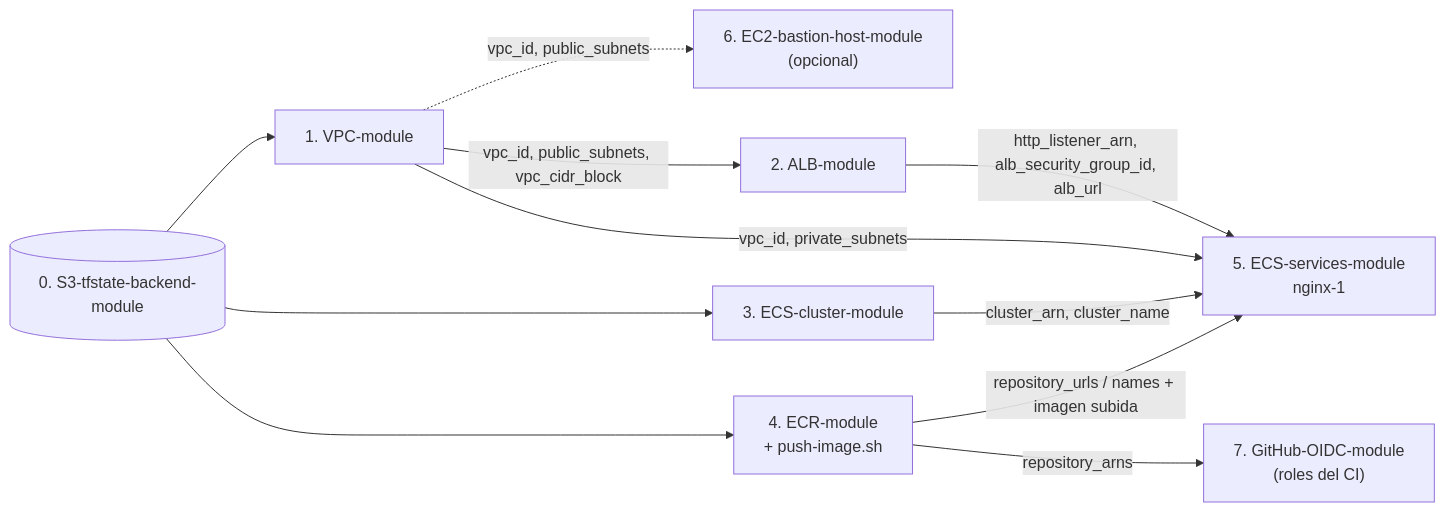
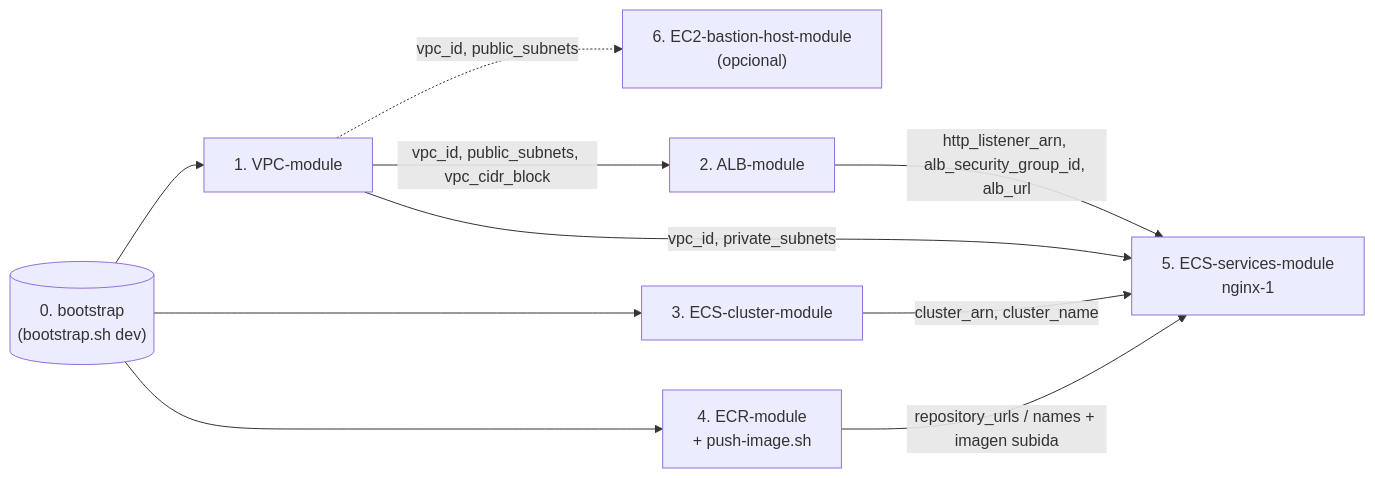
One commit to adrianjsosag/ECS-Tests changed the second of 2 diagrams in Terraform/README.md. Above: the diagram before and after it, drawn with Mermaid. The commit also changed other lines of this file and 150 other files, not shown here.

````diff
--- a/Terraform/README.md
+++ b/Terraform/README.md
@@ -129,20 +181,18 @@
 ```mermaid
 flowchart LR
-    s3[("0. S3-tfstate-backend-module")]
+    s3[("0. bootstrap<br/>(bootstrap.sh dev)")]
     vpc["1. VPC-module"]
     alb["2. ALB-module"]
     cluster["3. ECS-cluster-module"]
     ecr["4. ECR-module<br/>+ push-image.sh"]
     svc["5. ECS-services-module<br/>nginx-1"]
     bastion["6. EC2-bastion-host-module<br/>(opcional)"]
-    oidc["7. GitHub-OIDC-module<br/>(roles del CI)"]
 
     s3 --> vpc & cluster & ecr
     vpc -. "vpc_id, public_subnets" .-> bastion
     vpc -- "vpc_id, public_subnets, vpc_cidr_block" --> alb
     vpc -- "vpc_id, private_subnets" --> svc
     alb -- "http_listener_arn, alb_security_group_id, alb_url" --> svc
     cluster -- "cluster_arn, cluster_name" --> svc
     ecr -- "repository_urls / names + imagen subida" --> svc
-    ecr -- "repository_arns" --> oidc
 ```
````
